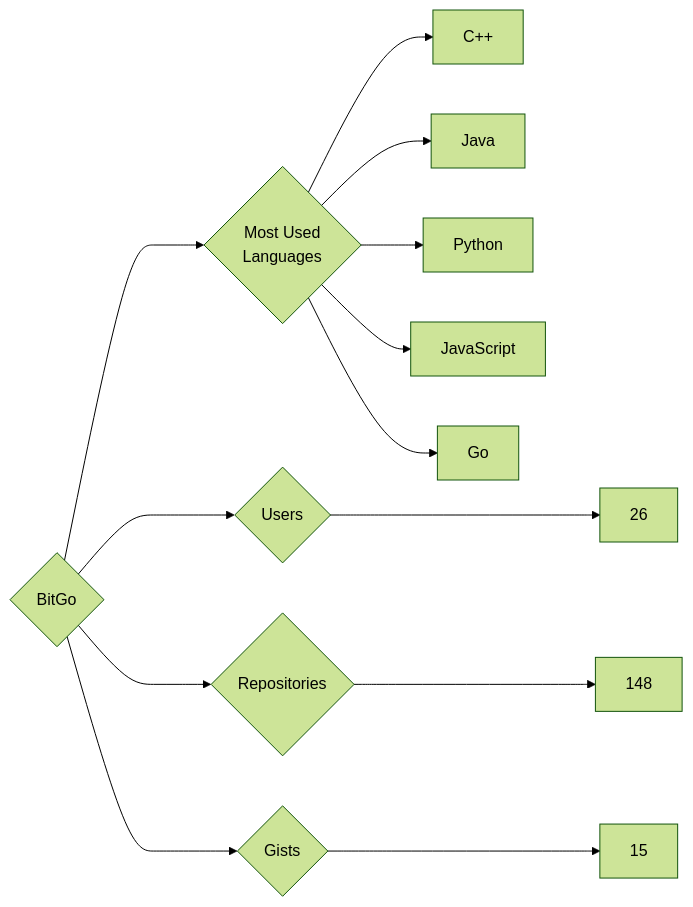
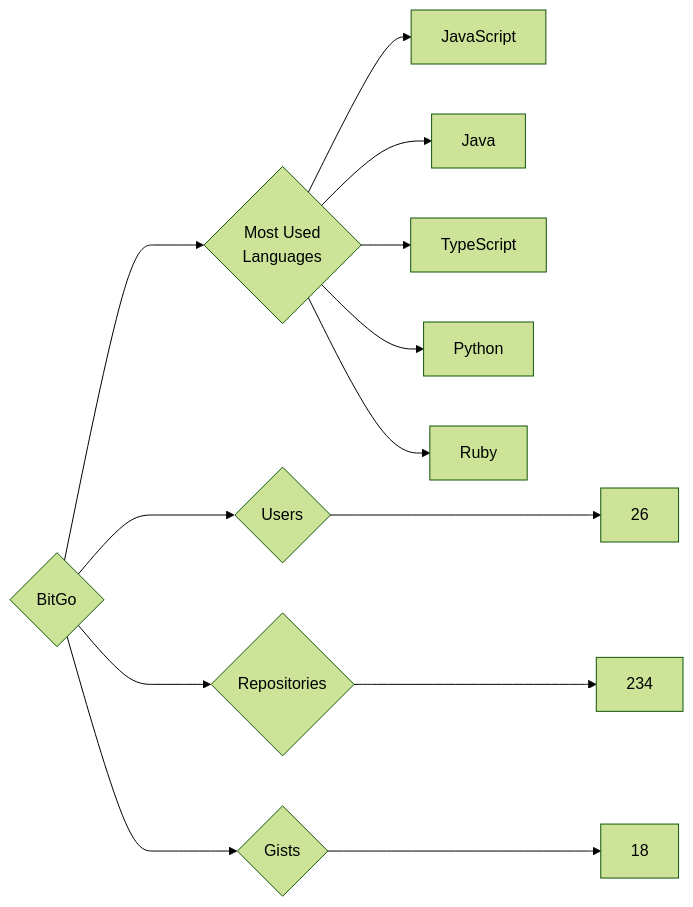
The diagram in targets/BitGo/README.md (trickest/insiders), drawn with Mermaid (forest theme) before and after one commit. The commit also changed 882 other files, not shown here.

````diff
--- a/targets/BitGo/README.md
+++ b/targets/BitGo/README.md
@@ -3,13 +3,13 @@
 ```mermaid
 graph LR
 COMPANY_NAME{BitGo}
 COMPANY_NAME ---> U{Users} ---> UN[26]
-COMPANY_NAME ---> R{Repositories} ---> RN[148]
-COMPANY_NAME ---> G{Gists} ---> GN[15]
+COMPANY_NAME ---> R{Repositories} ---> RN[234]
+COMPANY_NAME ---> G{Gists} ---> GN[18]
 COMPANY_NAME ---> ML{Most Used<br>Languages}
-ML --> C++[C++]
+ML --> JavaScript[JavaScript]
 ML --> Java[Java]
+ML --> TypeScript[TypeScript]
 ML --> Python[Python]
-ML --> JavaScript[JavaScript]
-ML --> Go[Go]
+ML --> Ruby[Ruby]
 ```
````
